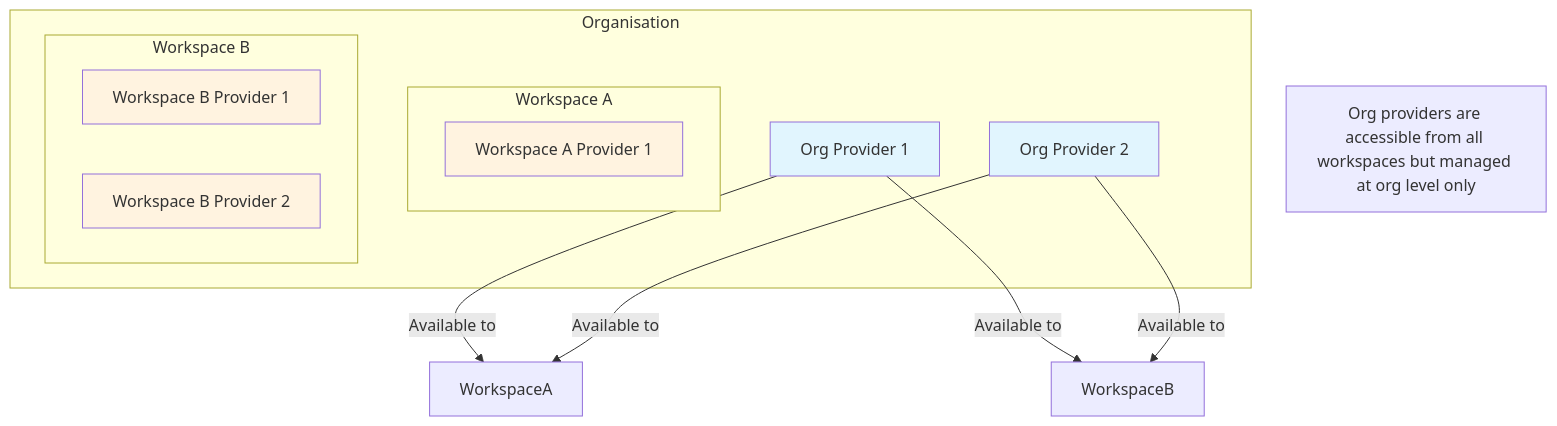
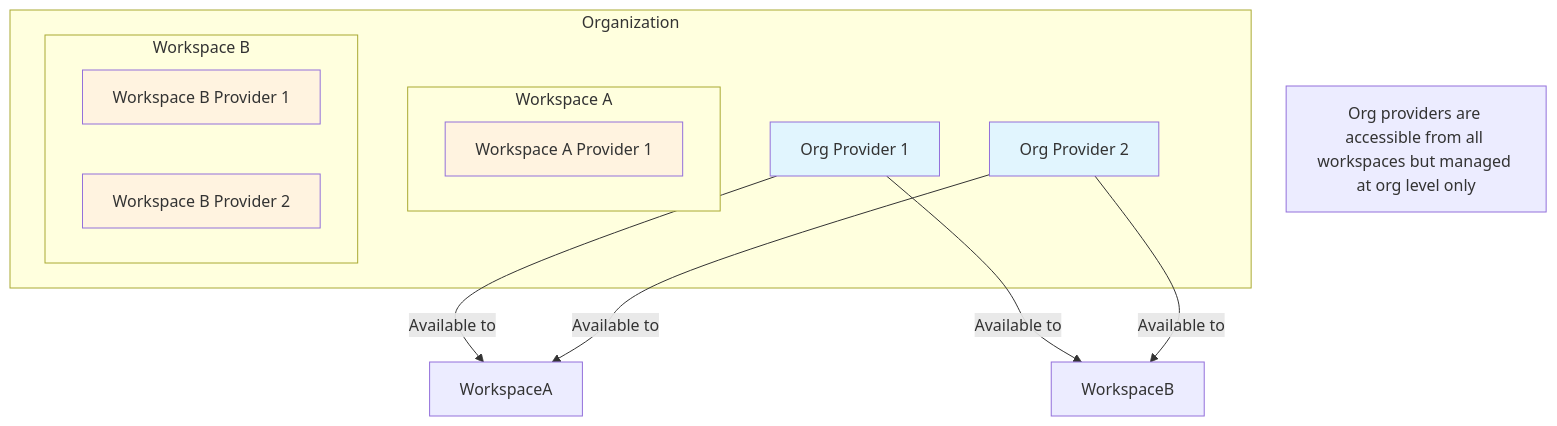
Before and after one commit to willdady/platypus: the diagram in plans/org-level-providers.md, drawn with Mermaid. The commit also changed other lines of this file and 120 other files, not shown here.

Commit message:
fix(spelling): renamed all occurances of "organisation" to US spelling "organization"

````diff
--- a/plans/org-level-providers.md
+++ b/plans/org-level-providers.md
@@ -20,30 +20,30 @@
 ```mermaid
 flowchart TB
-    subgraph Organisation
+    subgraph Organization
         OrgProvider1[Org Provider 1]
         OrgProvider2[Org Provider 2]
         
         subgraph Workspace A
             WsAProvider1[Workspace A Provider 1]
         end
         
         subgraph Workspace B
             WsBProvider1[Workspace B Provider 1]
             WsBProvider2[Workspace B Provider 2]
         end
     end
     
     OrgProvider1 --> |Available to| WorkspaceA
     OrgProvider1 --> |Available to| WorkspaceB
     OrgProvider2 --> |Available to| WorkspaceA
     OrgProvider2 --> |Available to| WorkspaceB
     
     note1[Org providers are accessible from all workspaces but managed at org level only]
 
     style OrgProvider1 fill:#e1f5fe
     style OrgProvider2 fill:#e1f5fe
     style WsAProvider1 fill:#fff3e0
     style WsBProvider1 fill:#fff3e0
     style WsBProvider2 fill:#fff3e0
 
 ```
````
